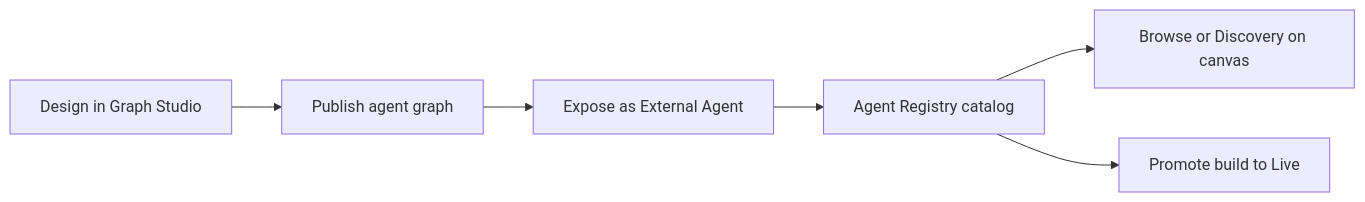
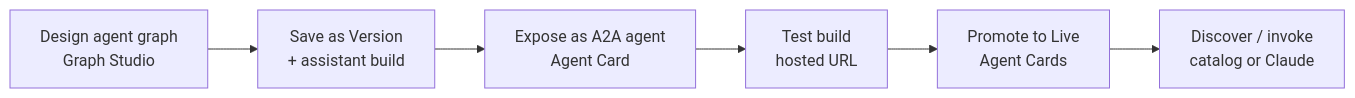
The diagram in agent-registry/overview.md (ashdeekonda/phinite-docs-c1), drawn with Mermaid before and after one commit. The commit also changed other lines of this file and 205 other files, not shown here.

````diff
--- a/agent-registry/overview.md
+++ b/agent-registry/overview.md
@@ -21,13 +60,8 @@
 ```mermaid
-graph LR
-  design[Design in Graph Studio]
-  publish[Publish agent graph]
-  expose[Expose as External Agent]
-  registry[Agent Registry catalog]
-  consume[Browse or Discovery on canvas]
-  live[Promote build to Live]
-
-  design --> publish --> expose --> registry
-  registry --> consume
-  registry --> live
+flowchart LR
+  A["Design agent graph<br/>Graph Studio"] --> B["Save as Version<br/>+ assistant build"]
+  B --> C["Expose as A2A agent<br/>Agent Card"]
+  C --> D["Test build<br/>hosted URL"]
+  D --> E["Promote to Live<br/>Agent Cards"]
+  E --> F["Discover / invoke<br/>catalog or Claude"]
 ```
````
